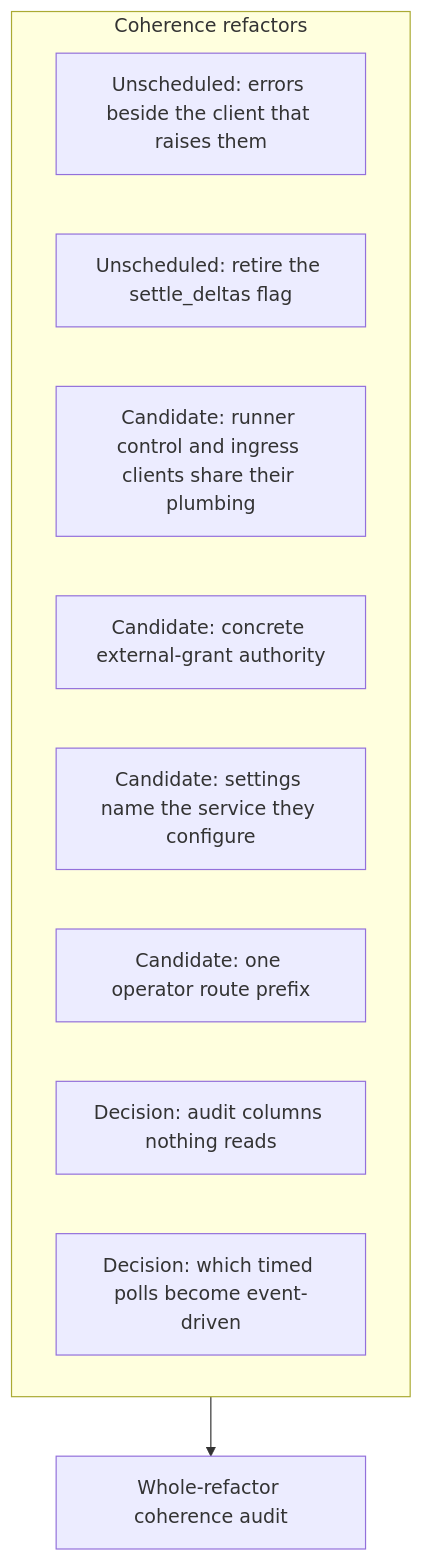
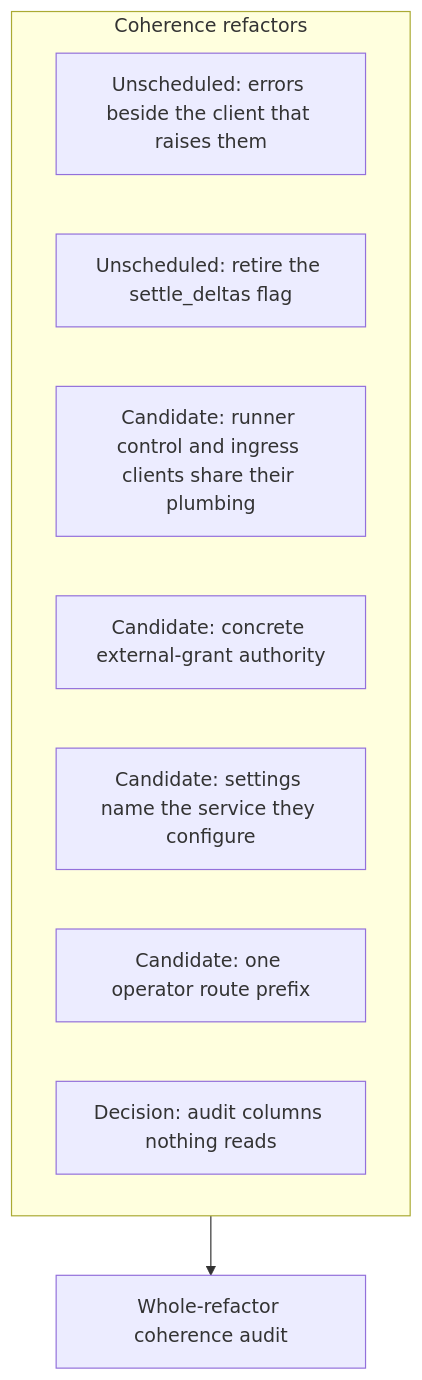
One commit to agentydragon/ducktape changed diagram 14 of 14 in agentplane/plans/task_dag.md. Above: the diagram before and after it, drawn with Mermaid. The commit also changed other lines of this file and 24 other files, not shown here.

````diff
--- a/agentplane/plans/task_dag.md
+++ b/agentplane/plans/task_dag.md
@@ -926,14 +926,13 @@
 ```mermaid
 flowchart TD
     subgraph COHERENCE_REFACTORS[Coherence refactors]
         RUNNER_ERRORS_REHOME[Unscheduled: errors beside the client that raises them]
         SETTLE_DELTAS_ALWAYS_ON[Unscheduled: retire the settle_deltas flag]
         RUNNER_CORE_SPLIT[Candidate: runner control and ingress clients share their plumbing]
         ACTION_PROTOCOLS_CONCRETE[Candidate: concrete external-grant authority]
         SERVICE_SETTING_NAMES[Candidate: settings name the service they configure]
         OPERATOR_ROUTE_PREFIX[Candidate: one operator route prefix]
         NOTIFICATION_WRITE_ONLY_COLUMNS[Decision: audit columns nothing reads]
-        EVENT_DRIVEN_WAKEUPS[Decision: which timed polls become event-driven]
     end
     COHERENCE_REFACTORS --> REFACTOR_COHERENCE_AUDIT[Whole-refactor coherence audit]
 ```
````
